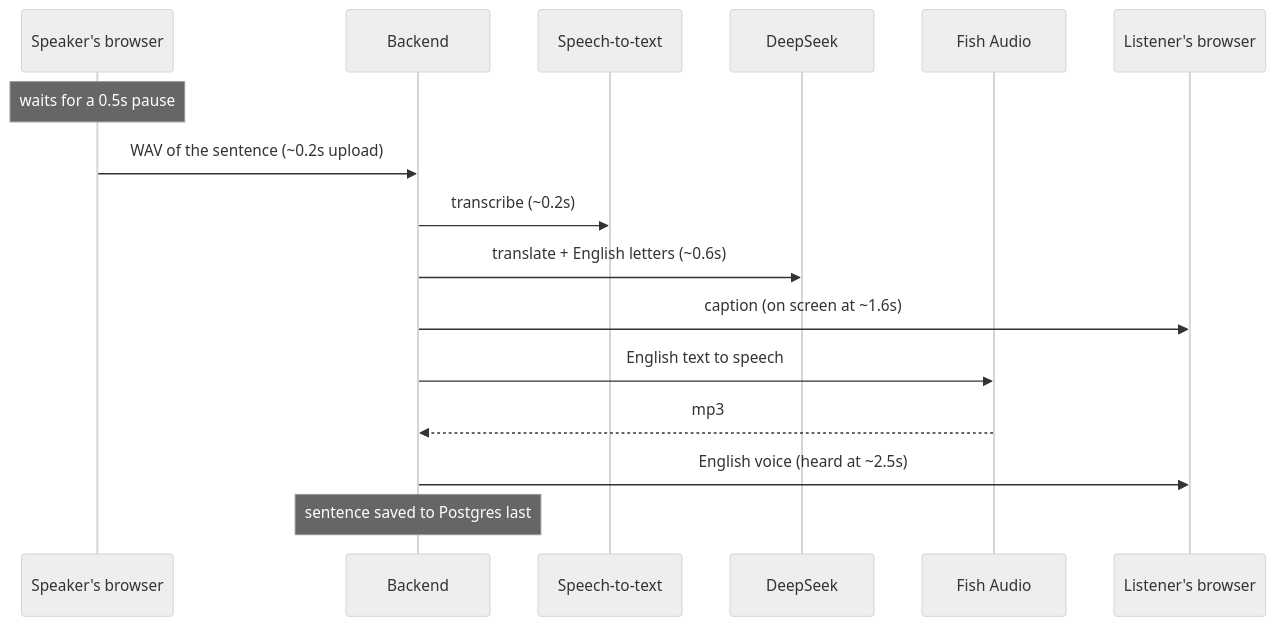
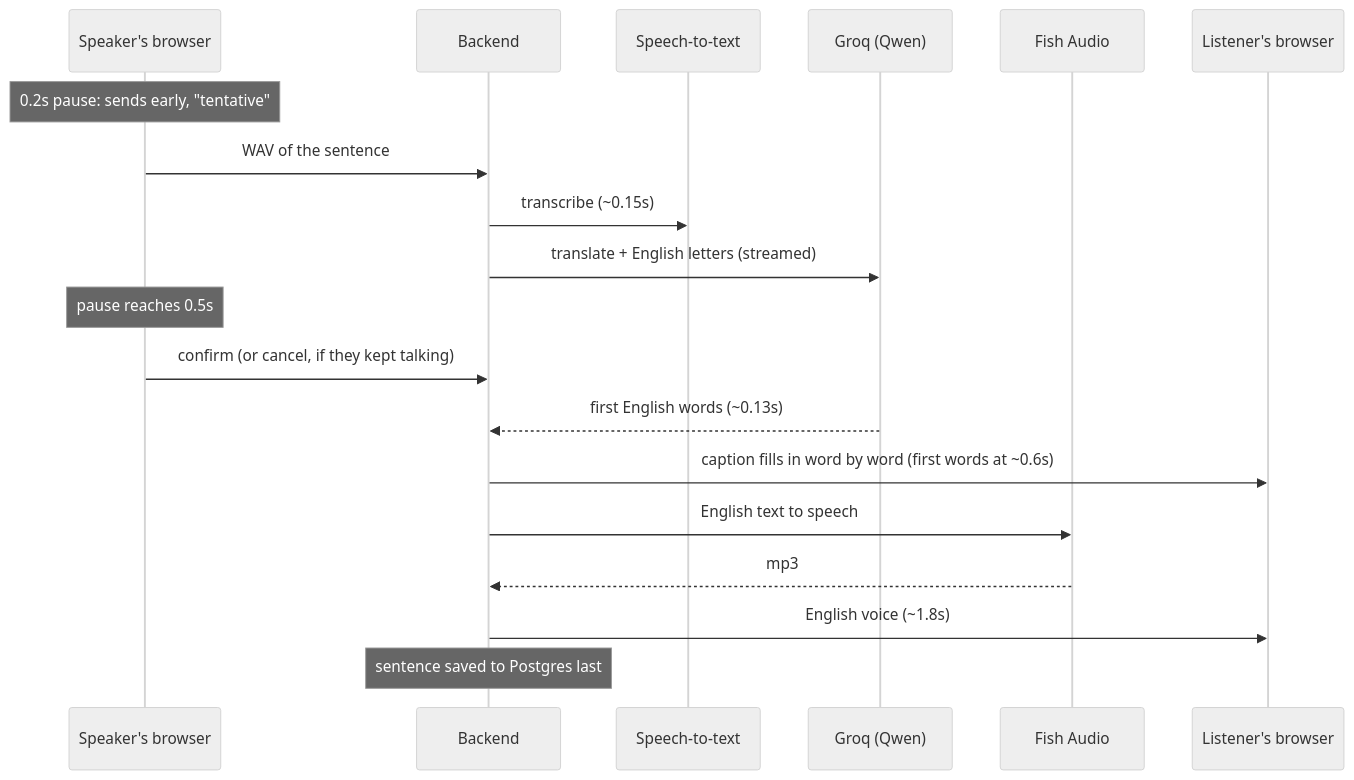
One commit to mujeebmasi/meeting-translate changed the second of 2 diagrams in README.md. Above: the diagram before and after it, drawn with Mermaid (neutral theme). The commit also changed other lines of this file and 2 other files, not shown here.

````diff
--- a/README.md
+++ b/README.md
@@ -166,18 +187,21 @@
 ```mermaid
 sequenceDiagram
     participant S as Speaker's browser
     participant B as Backend
     participant A as Speech-to-text
-    participant D as DeepSeek
+    participant G as Groq (Qwen)
     participant F as Fish Audio
     participant L as Listener's browser
-    Note over S: waits for a 0.5s pause
-    S->>B: WAV of the sentence (~0.2s upload)
-    B->>A: transcribe (~0.2s)
-    B->>D: translate + English letters (~0.6s)
-    B->>L: caption (on screen at ~1.6s)
+    Note over S: 0.2s pause: sends early, "tentative"
+    S->>B: WAV of the sentence
+    B->>A: transcribe (~0.15s)
+    B->>G: translate + English letters (streamed)
+    Note over S: pause reaches 0.5s
+    S->>B: confirm (or cancel, if they kept talking)
+    G-->>B: first English words (~0.13s)
+    B->>L: caption fills in word by word (first words at ~0.6s)
     B->>F: English text to speech
     F-->>B: mp3
-    B->>L: English voice (heard at ~2.5s)
+    B->>L: English voice (~1.8s)
     Note over B: sentence saved to Postgres last
 ```
````
